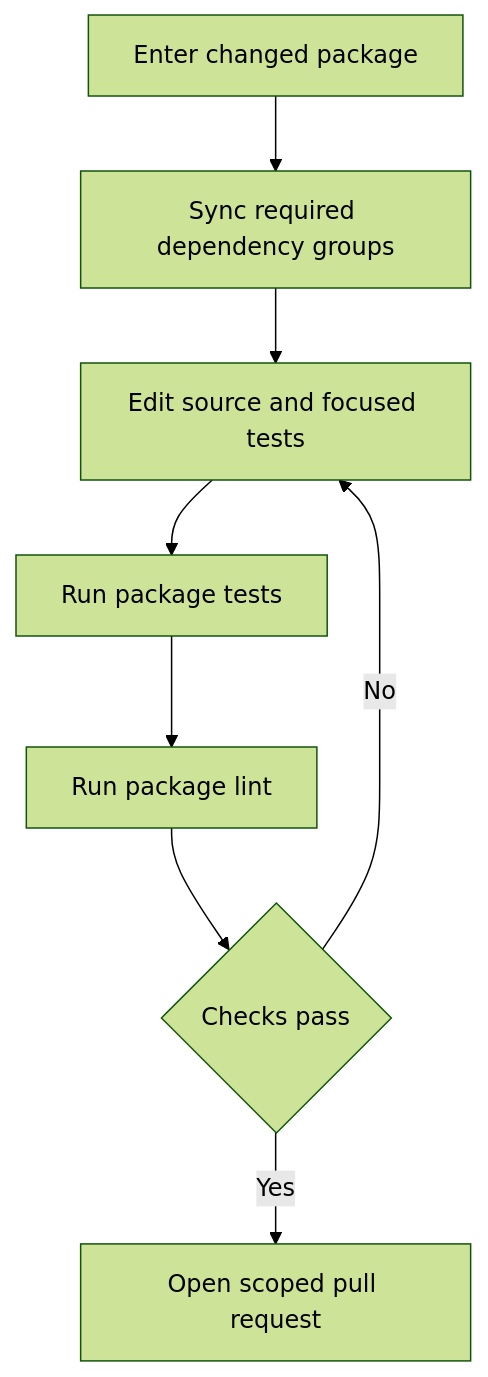
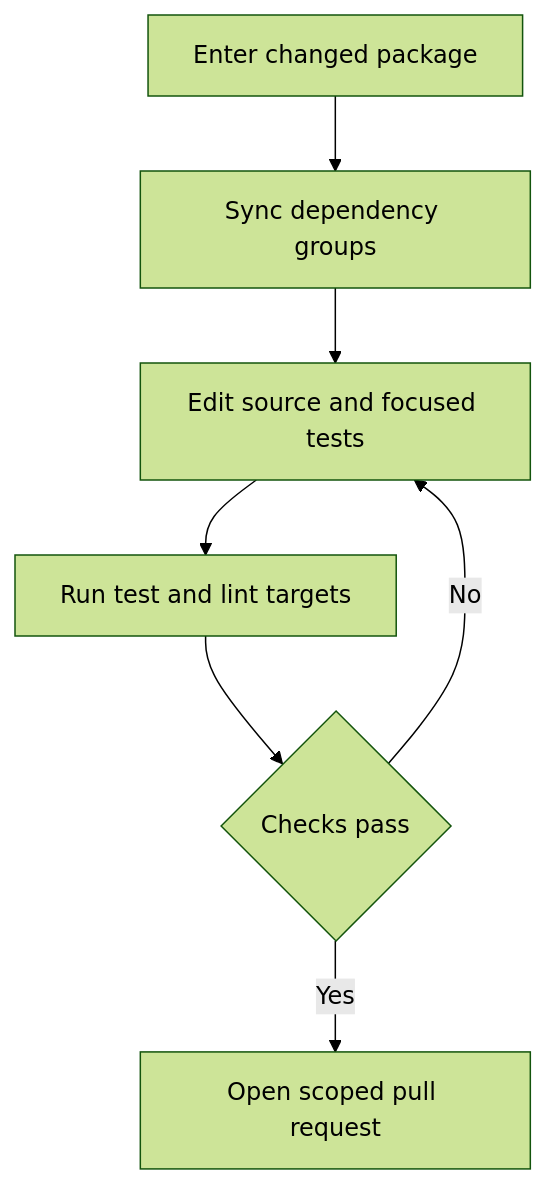
Before and after one commit to langchain-ai/deepagents: the first of 2 diagrams in openwiki/operations/development.md, drawn with Mermaid (forest theme). The commit also changed other lines of this file and 63 other files, not shown here.

````diff
--- a/openwiki/operations/development.md
+++ b/openwiki/operations/development.md
@@ -79,10 +69,9 @@
 ```mermaid
 flowchart TD
-    Select["Enter changed package"] --> Sync["Sync required dependency groups"]
+    Choose["Enter changed package"] --> Sync["Sync dependency groups"]
     Sync --> Edit["Edit source and focused tests"]
-    Edit --> Test["Run package tests"]
-    Test --> Lint["Run package lint"]
-    Lint --> Pass{"Checks pass"}
-    Pass -->|"No"| Edit
-    Pass -->|"Yes"| PullRequest["Open scoped pull request"]
+    Edit --> Validate["Run test and lint targets"]
+    Validate --> Passed{"Checks pass"}
+    Passed -->|"No"| Edit
+    Passed -->|"Yes"| PR["Open scoped pull request"]
 ```
````
